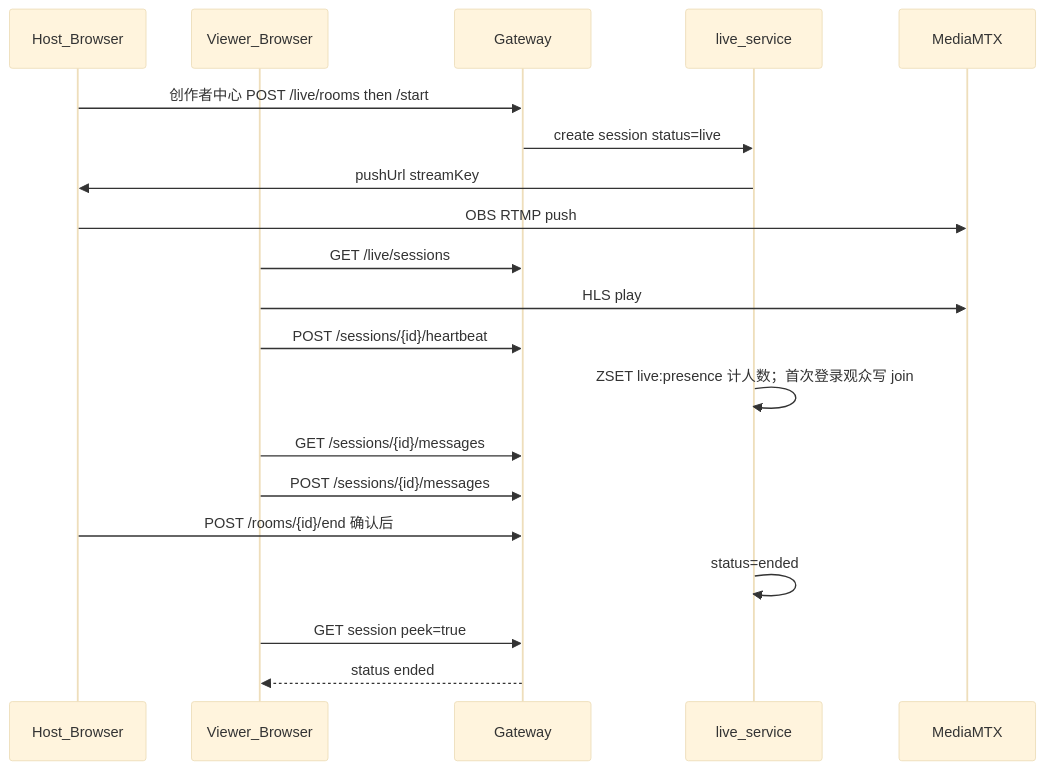
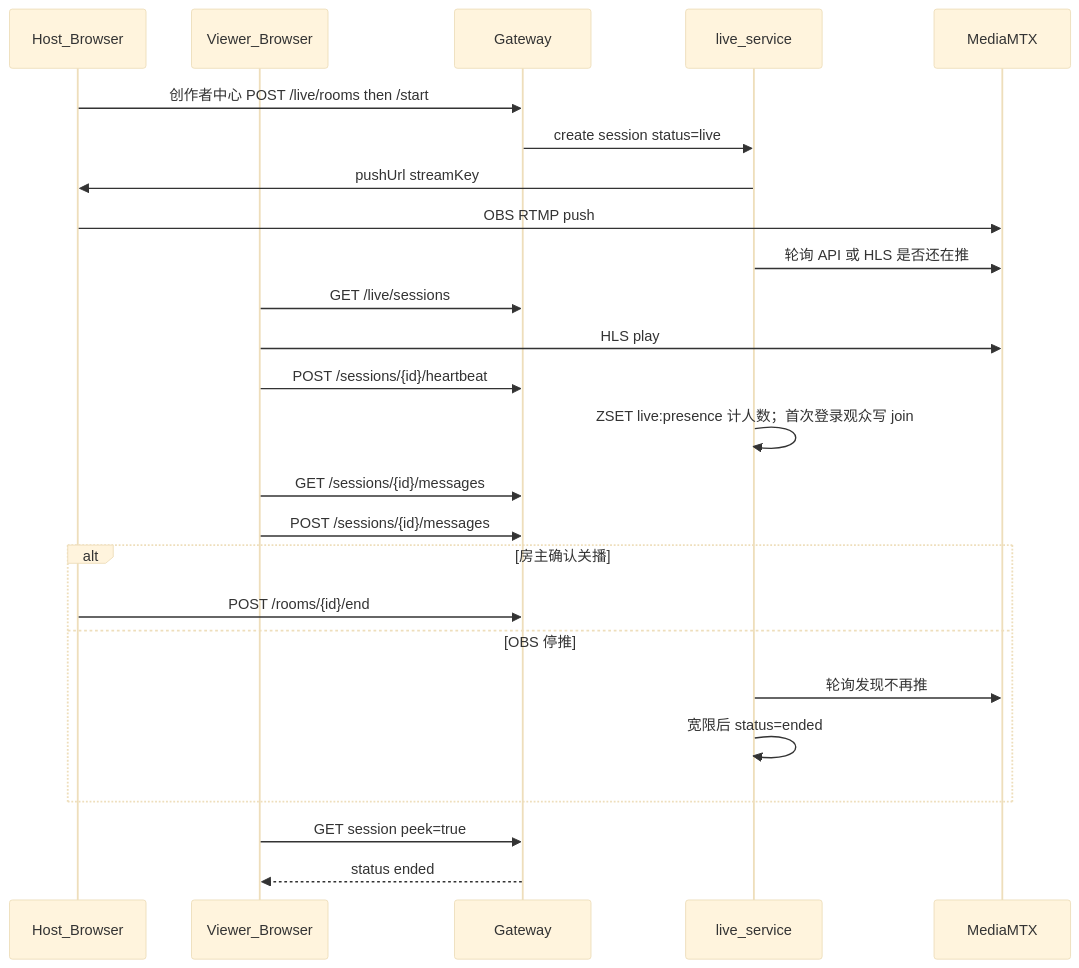
Before and after one commit to Yangleduo00337788/OnePage: diagram 12 of 13 in agi-work-space/src/content/engineering/tech/diagrams.md, drawn with Mermaid (base theme). The commit also changed 23 other files, not shown here.

````diff
--- a/agi-work-space/src/content/engineering/tech/diagrams.md
+++ b/agi-work-space/src/content/engineering/tech/diagrams.md
@@ -331,23 +331,28 @@
 ```mermaid
 sequenceDiagram
   participant Host as Host_Browser
   participant View as Viewer_Browser
   participant G as Gateway
   participant L as live_service
   participant MTX as MediaMTX
 
   Host->>G: 创作者中心 POST /live/rooms then /start
   G->>L: create session status=live
   L->>Host: pushUrl streamKey
   Host->>MTX: OBS RTMP push
+  L->>MTX: 轮询 API 或 HLS 是否还在推
   View->>G: GET /live/sessions
   View->>MTX: HLS play
   View->>G: POST /sessions/{id}/heartbeat
   L->>L: ZSET live:presence 计人数；首次登录观众写 join
   View->>G: GET /sessions/{id}/messages
   View->>G: POST /sessions/{id}/messages
-  Host->>G: POST /rooms/{id}/end 确认后
-  L->>L: status=ended
+  alt 房主确认关播
+    Host->>G: POST /rooms/{id}/end
+  else OBS 停推
+    L->>MTX: 轮询发现不再推
+    L->>L: 宽限后 status=ended
+  end
   View->>G: GET session peek=true
   G-->>View: status ended
 ```
````
